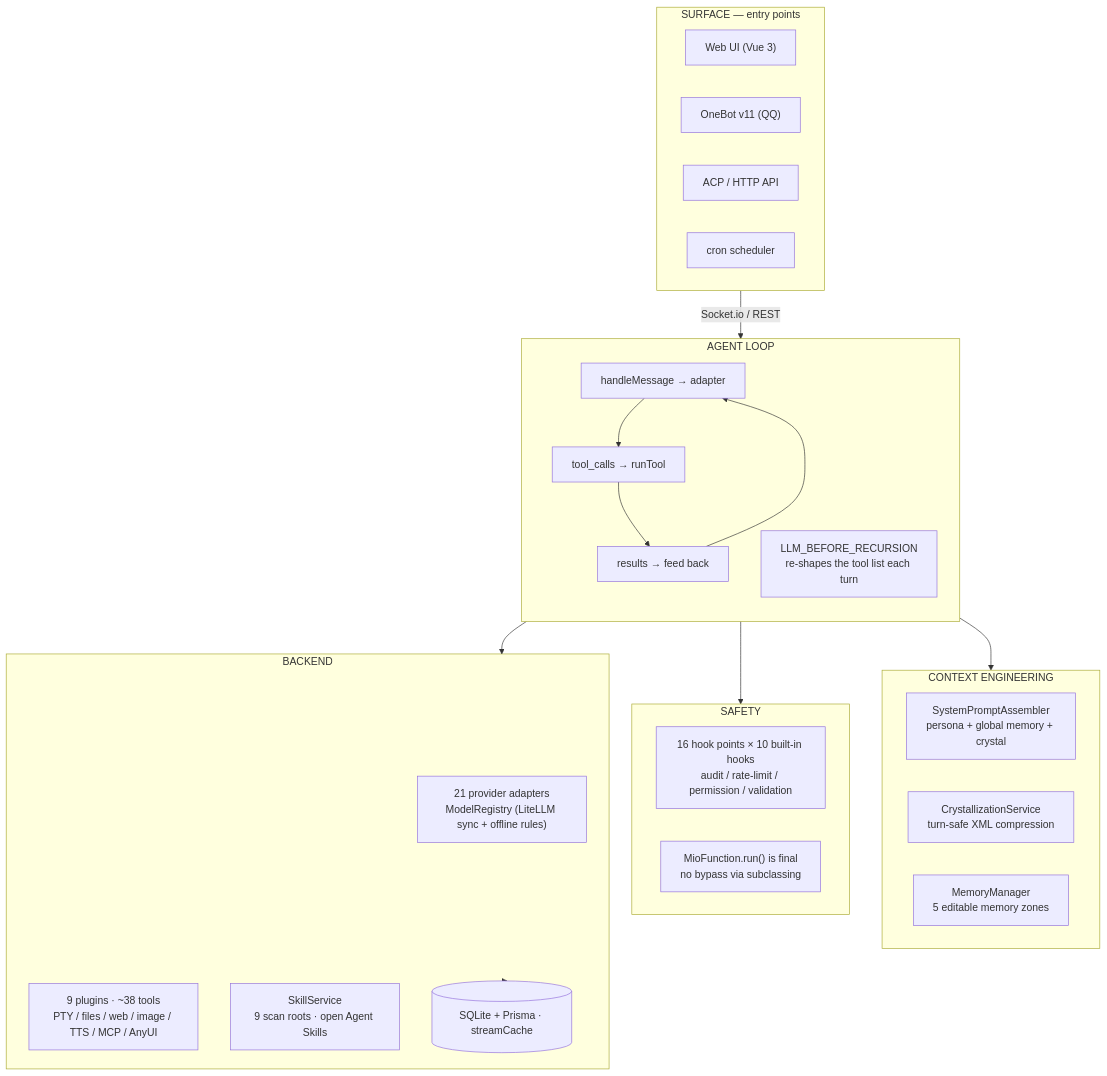
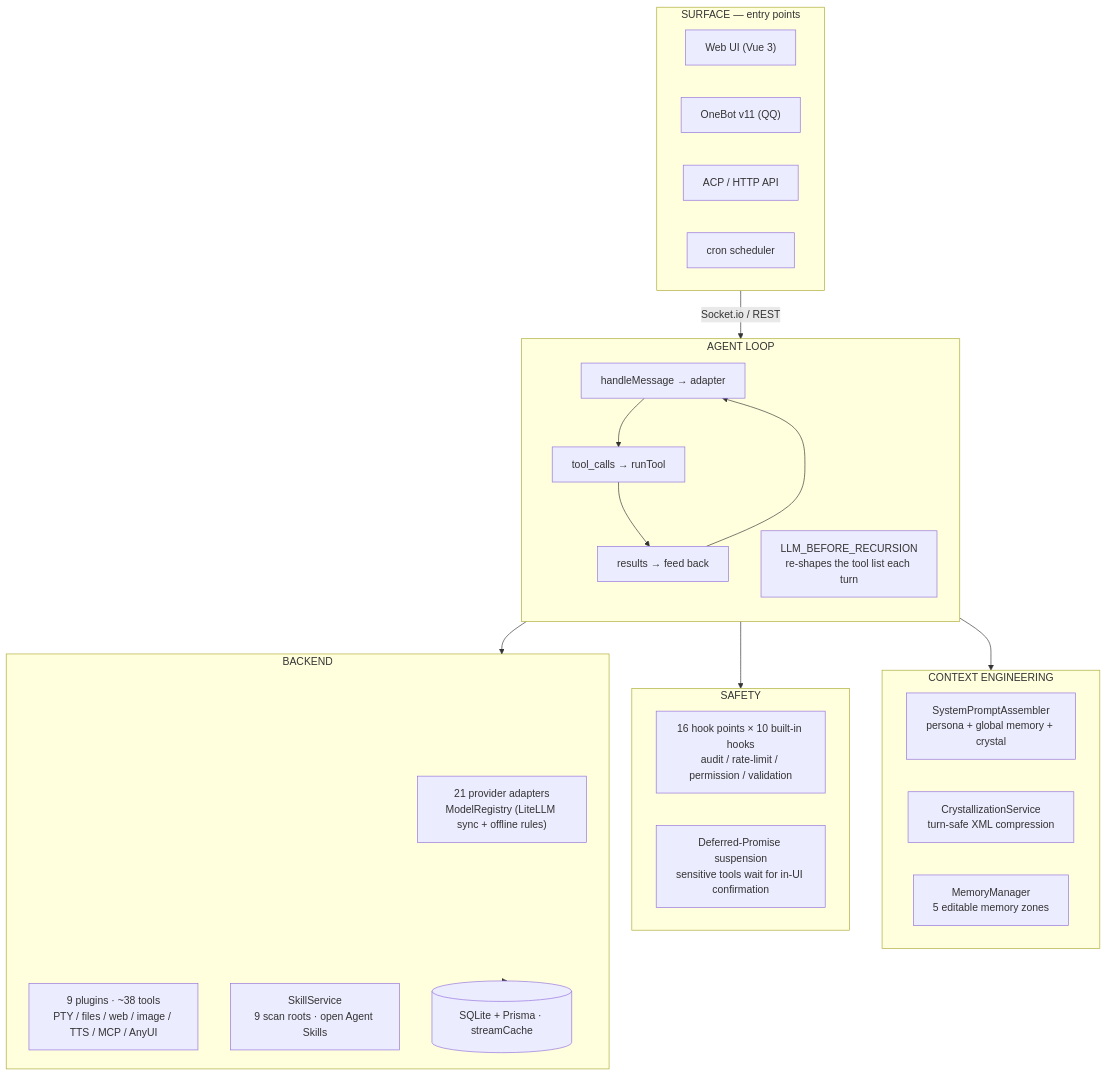
Before and after one commit to Pretend-to/mio-chat-backend: the diagram in README.md, drawn with Mermaid. The commit also changed other lines of this file and 1 other file, not shown here.

````diff
--- a/README.md
+++ b/README.md
@@ -41,42 +49,42 @@
 ```mermaid
 flowchart TD
     subgraph SFC["SURFACE — entry points"]
         UI["Web UI (Vue 3)"]
         OB["OneBot v11 (QQ)"]
         ACP["ACP / HTTP API"]
         CRON["cron scheduler"]
     end
 
     subgraph LOOP["AGENT LOOP"]
         direction TB
         M["handleMessage → adapter"]
         T["tool_calls → runTool"]
         R["results → feed back"]
         M --> T --> R --> M
         ROT["LLM_BEFORE_RECURSION<br/>re-shapes the tool list each turn"]
     end
 
     subgraph CTX["CONTEXT ENGINEERING"]
         SPA["SystemPromptAssembler<br/>persona + global memory + crystal"]
         CRY["CrystallizationService<br/>turn-safe XML compression"]
         MM["MemoryManager<br/>5 editable memory zones"]
     end
 
     subgraph SAF["SAFETY"]
         H["16 hook points × 10 built-in hooks<br/>audit / rate-limit / permission / validation"]
-        F["MioFunction.run() is final<br/>no bypass via subclassing"]
+        F["Deferred-Promise suspension<br/>sensitive tools wait for in-UI confirmation"]
     end
 
     subgraph BE["BACKEND"]
         AD["21 provider adapters<br/>ModelRegistry (LiteLLM sync + offline rules)"]
         PL["9 plugins · ~38 tools<br/>PTY / files / web / image / TTS / MCP / AnyUI"]
         SK["SkillService<br/>9 scan roots · open Agent Skills"]
         DB[("SQLite + Prisma · streamCache")]
     end
 
     SFC -->|"Socket.io / REST"| LOOP
     LOOP --> CTX
     LOOP --> SAF
     LOOP --> BE
     BE --> DB
 ```
````
